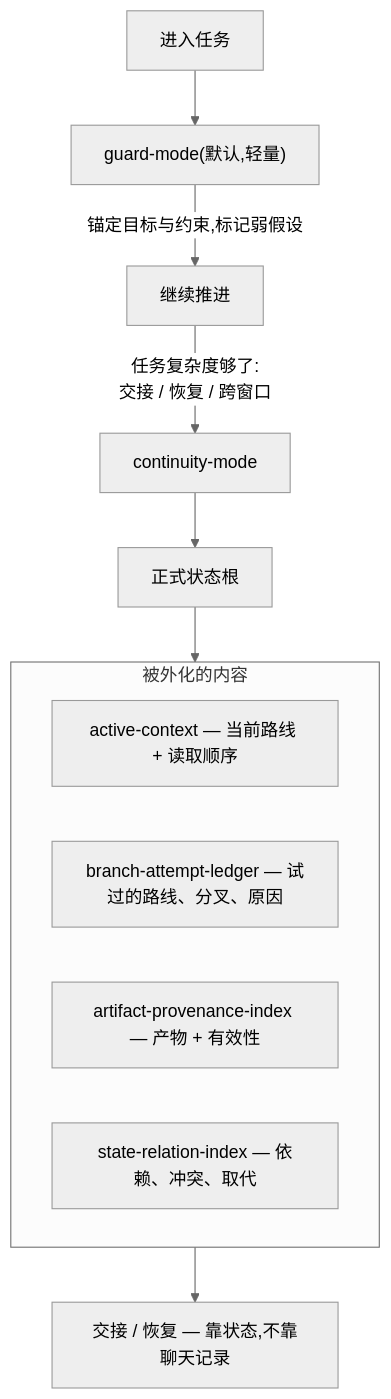
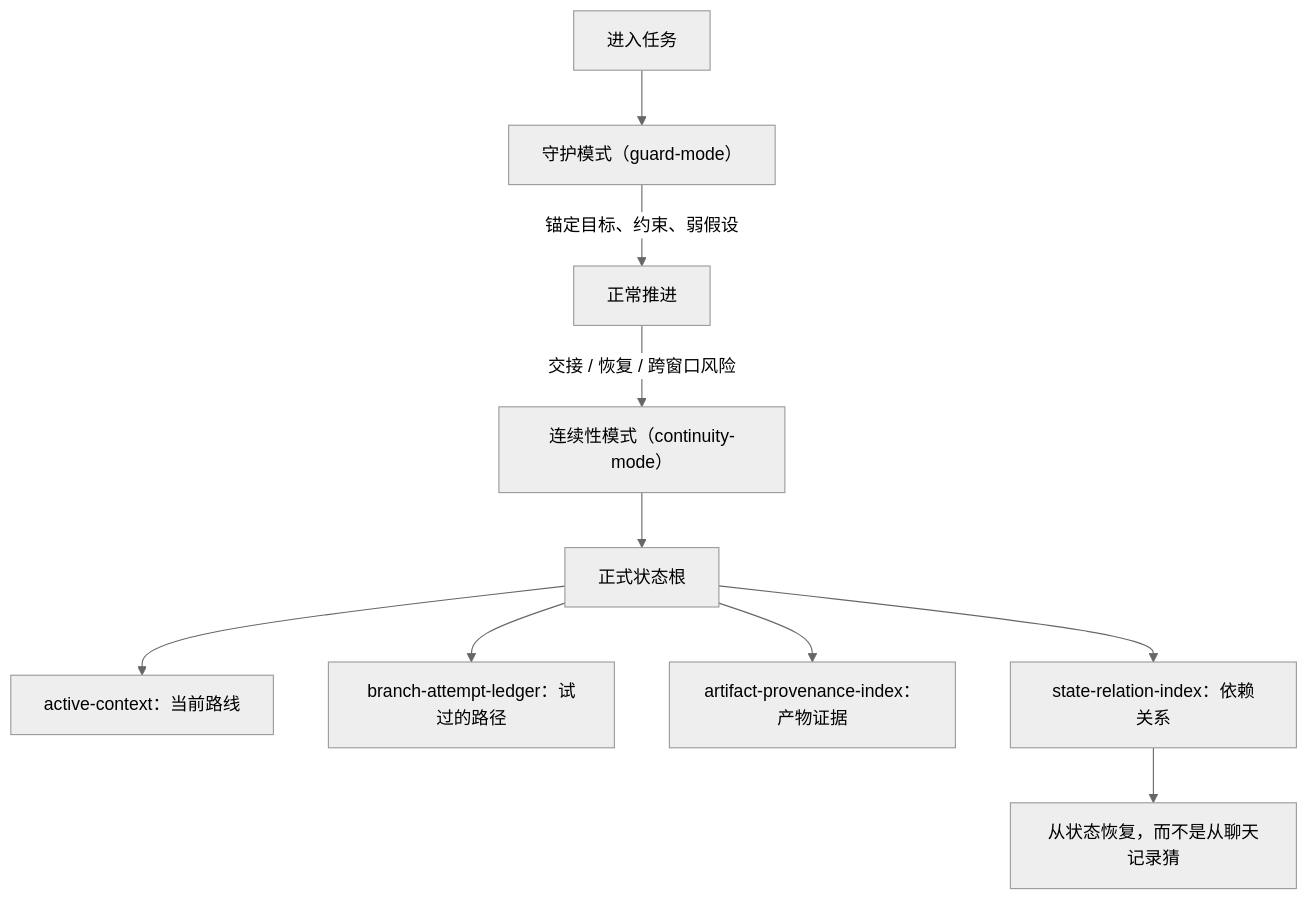
Before and after one commit to bagbag16/agent-continuity-harness: the diagram in README.zh.md, drawn with Mermaid (neutral theme). The commit also changed other lines of this file, not shown here.

````diff
--- a/README.zh.md
+++ b/README.zh.md
@@ -14,15 +12,12 @@
 ```mermaid
 flowchart TD
-  T["进入任务"] --> G["guard-mode(默认,轻量)"]
-  G -->|"锚定目标与约束,标记弱假设"| W["继续推进"]
-  W -->|"任务复杂度够了:<br/>交接 / 恢复 / 跨窗口"| C["continuity-mode"]
+  T["进入任务"] --> G["守护模式（guard-mode）"]
+  G -->|"锚定目标、约束、弱假设"| W["正常推进"]
+  W -->|"交接 / 恢复 / 跨窗口风险"| C["连续性模式（continuity-mode）"]
   C --> S["正式状态根"]
-  subgraph S2 ["被外化的内容"]
-    AC["active-context — 当前路线 + 读取顺序"]
-    BL["branch-attempt-ledger — 试过的路线、分叉、原因"]
-    AI["artifact-provenance-index — 产物 + 有效性"]
-    RI["state-relation-index — 依赖、冲突、取代"]
-  end
-  S --> S2
-  S2 --> H["交接 / 恢复 — 靠状态,不靠聊天记录"]
+  S --> A["active-context：当前路线"]
+  S --> B["branch-attempt-ledger：试过的路径"]
+  S --> P["artifact-provenance-index：产物证据"]
+  S --> R["state-relation-index：依赖关系"]
+  R --> H["从状态恢复，而不是从聊天记录猜"]
 ```
````
